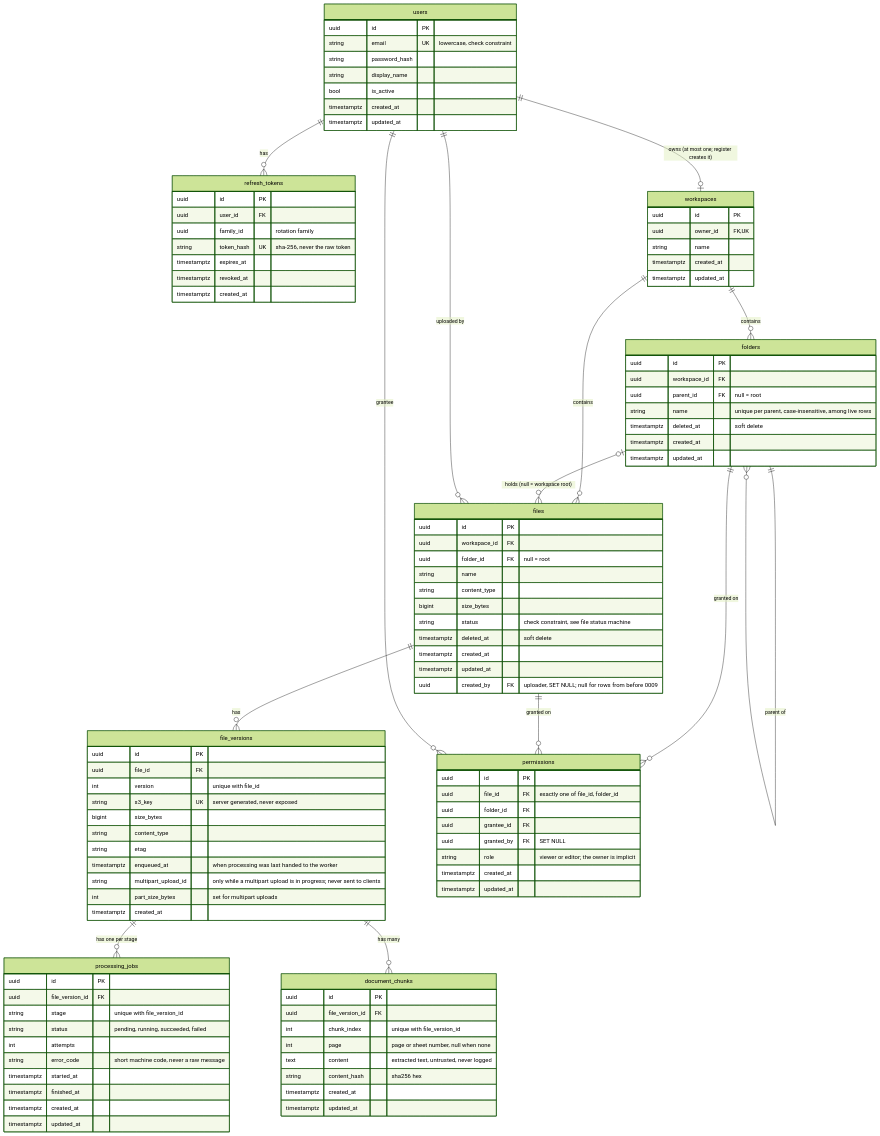
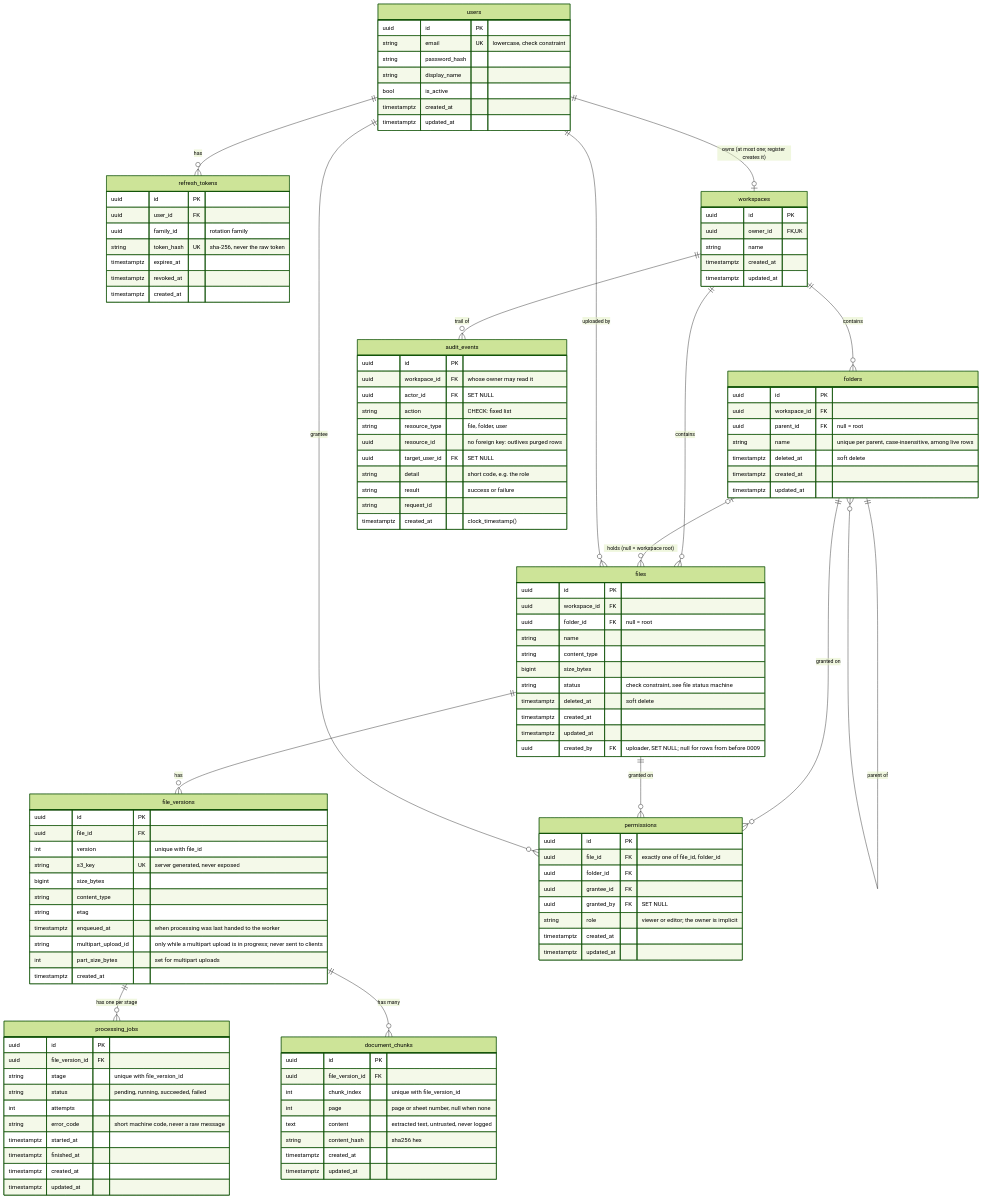
Before and after one commit to manan-77/clouddrop: the diagram in docs/er-diagram.md, drawn with Mermaid (forest theme). The commit also changed 19 other files, not shown here.

Commit message:
feat(backend): add the audit trail

```diff
--- a/docs/er-diagram.md
+++ b/docs/er-diagram.md
@@ -13,6 +13,7 @@
     files ||--o{ file_versions : "has"
     file_versions ||--o{ processing_jobs : "has one per stage"
     file_versions ||--o{ document_chunks : "has many"
+    workspaces ||--o{ audit_events : "trail of"
     folders ||--o{ permissions : "granted on"
     files ||--o{ permissions : "granted on"
     users ||--o{ permissions : "grantee"
@@ -100,6 +101,19 @@
         timestamptz created_at
         timestamptz updated_at
     }
+    audit_events {
+        uuid id PK
+        uuid workspace_id FK "whose owner may read it"
+        uuid actor_id FK "SET NULL"
+        string action "CHECK: fixed list"
+        string resource_type "file, folder, user"
+        uuid resource_id "no foreign key: outlives purged rows"
+        uuid target_user_id FK "SET NULL"
+        string detail "short code, e.g. the role"
+        string result "success or failure"
+        string request_id
+        timestamptz created_at "clock_timestamp()"
+    }
     document_chunks {
         uuid id PK
         uuid file_version_id FK
```
